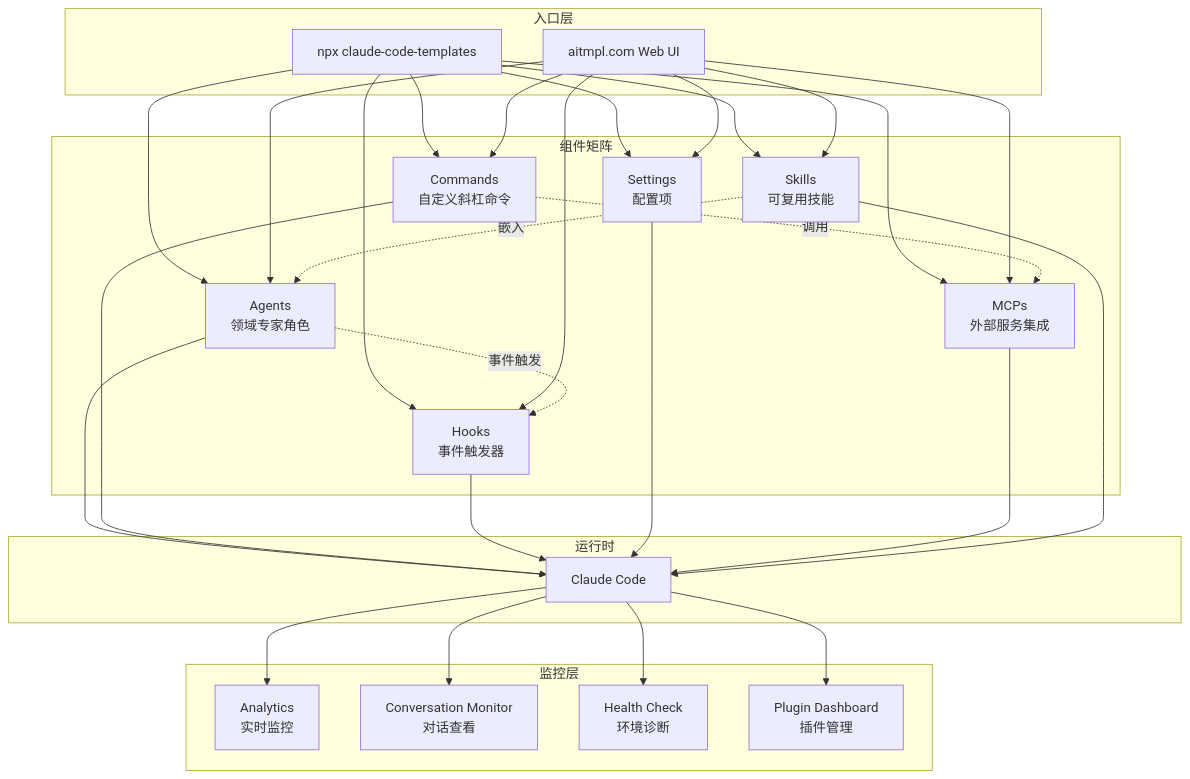
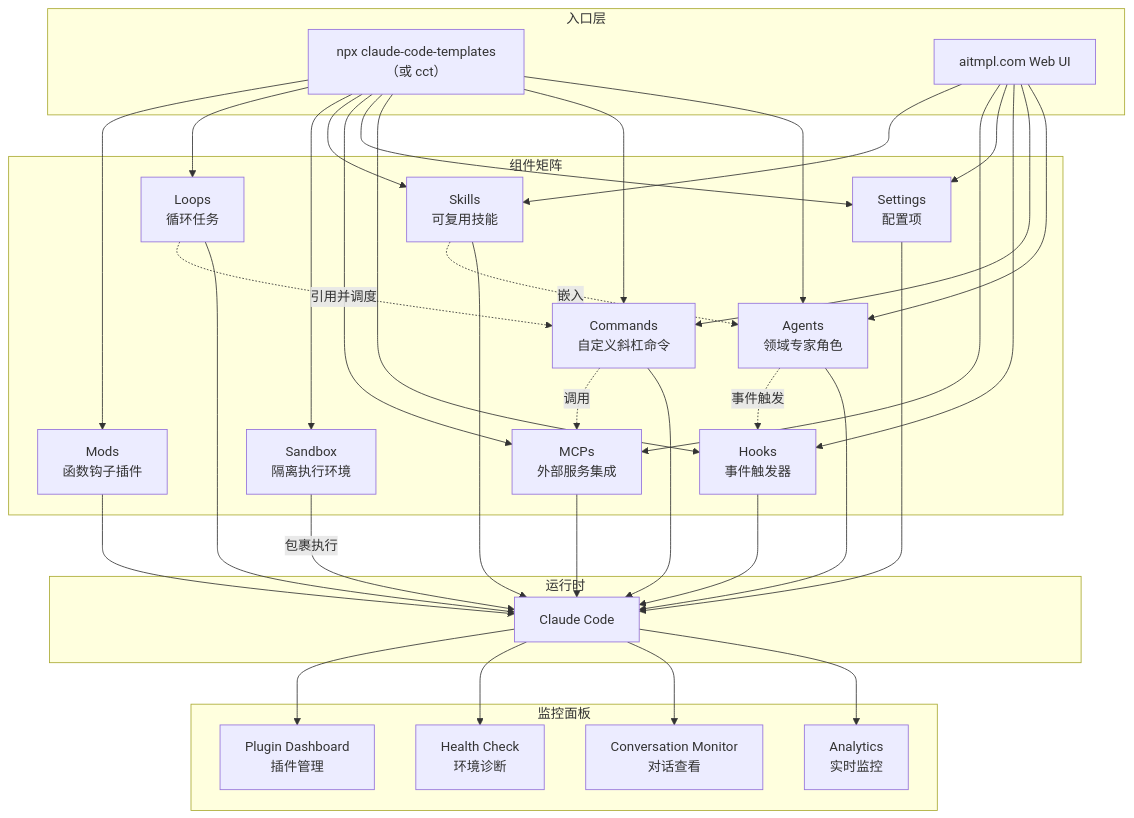
Before and after one commit to A1pha3/text-matrix: the diagram in content/posts/tech/claude-code-templates-configuration-guide.md, drawn with Mermaid. The commit also changed other lines of this file and 331 other files, not shown here.

````diff
--- a/content/posts/tech/claude-code-templates-configuration-guide.md
+++ b/content/posts/tech/claude-code-templates-configuration-guide.md
@@ -24,56 +27,66 @@
 ```mermaid
 flowchart TB
  subgraph 入口层
- CLI["npx claude-code-templates"] 
- WebUI["aitmpl.com Web UI"]
- end
+  CLI["npx claude-code-templates（或 cct）"]
+  WebUI["aitmpl.com Web UI"]
+  end
 
  subgraph 组件矩阵
- Agents["Agents<br/>领域专家角色"]
- Commands["Commands<br/>自定义斜杠命令"]
- Hooks["Hooks<br/>事件触发器"]
- Settings["Settings<br/>配置项"]
- MCPs["MCPs<br/>外部服务集成"]
- Skills["Skills<br/>可复用技能"]
- end
+  Agents["Agents<br/>领域专家角色"]
+  Commands["Commands<br/>自定义斜杠命令"]
+  Hooks["Hooks<br/>事件触发器"]
+  Settings["Settings<br/>配置项"]
+  MCPs["MCPs<br/>外部服务集成"]
+  Skills["Skills<br/>可复用技能"]
+  Sandbox["Sandbox<br/>隔离执行环境"]
+  Loops["Loops<br/>循环任务"]
+  Mods["Mods<br/>函数钩子插件"]
+  end
 
  subgraph 运行时
- CC["Claude Code"]
- end
+  CC["Claude Code"]
+  end
 
- subgraph 监控层
- Analytics["Analytics<br/>实时监控"]
- ConvMonitor["Conversation Monitor<br/>对话查看"]
- HealthCheck["Health Check<br/>环境诊断"]
- Plugins["Plugin Dashboard<br/>插件管理"]
- end
+ subgraph 监控面板
+  Analytics["Analytics<br/>实时监控"]
+  ConvMonitor["Conversation Monitor<br/>对话查看"]
+  HealthCheck["Health Check<br/>环境诊断"]
+  Plugins["Plugin Dashboard<br/>插件管理"]
+  end
 
- CLI --> Agents
- CLI --> Commands
- CLI --> Hooks
- CLI --> Settings
- CLI --> MCPs
- CLI --> Skills
- WebUI --> Agents
- WebUI --> Commands
- WebUI --> Hooks
- WebUI --> Settings
- WebUI --> MCPs
- WebUI --> Skills
+  CLI --> Agents
+  CLI --> Commands
+  CLI --> Hooks
+  CLI --> Settings
+  CLI --> MCPs
+  CLI --> Skills
+  CLI --> Sandbox
+  CLI --> Loops
+  CLI --> Mods
+  WebUI --> Agents
+  WebUI --> Commands
+  WebUI --> Hooks
+  WebUI --> Settings
+  WebUI --> MCPs
+  WebUI --> Skills
 
- Agents --> CC
- Commands --> CC
- Hooks --> CC
- Settings --> CC
- MCPs --> CC
- Skills --> CC
+  Agents --> CC
+  Commands --> CC
+  Hooks --> CC
+  Settings --> CC
+  MCPs --> CC
+  Skills --> CC
+  Loops --> CC
+  Mods --> CC
+  Sandbox -->|包裹执行| CC
 
- CC --> Analytics
- CC --> ConvMonitor
- CC --> HealthCheck
- CC --> Plugins
+  CC --> Analytics
+  CC --> ConvMonitor
+  CC --> HealthCheck
+  CC --> Plugins
 
- Agents -.->|事件触发| Hooks
- Commands -.->|调用| MCPs
- Skills -.->|嵌入| Agents
+  Agents -.->|事件触发| Hooks
+  Commands -.->|调用| MCPs
+  Skills -.->|嵌入| Agents
+  Loops -.->|引用并调度| Commands
 ```
````
